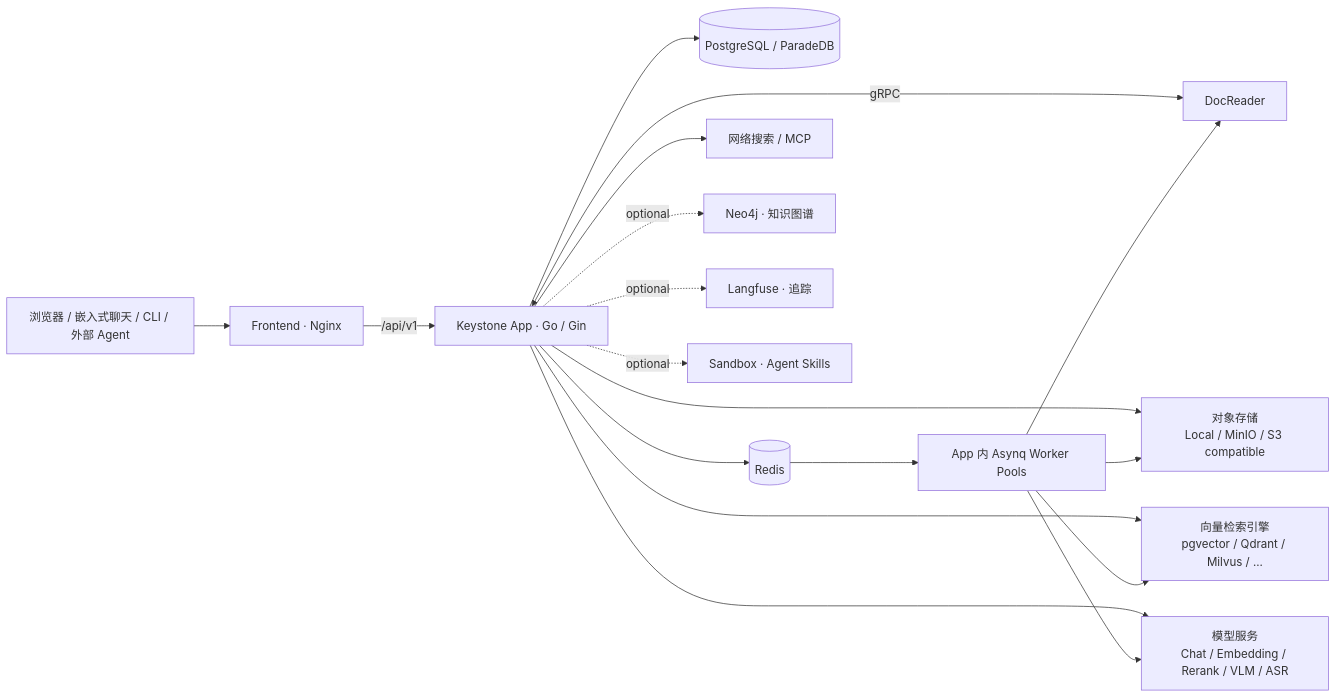
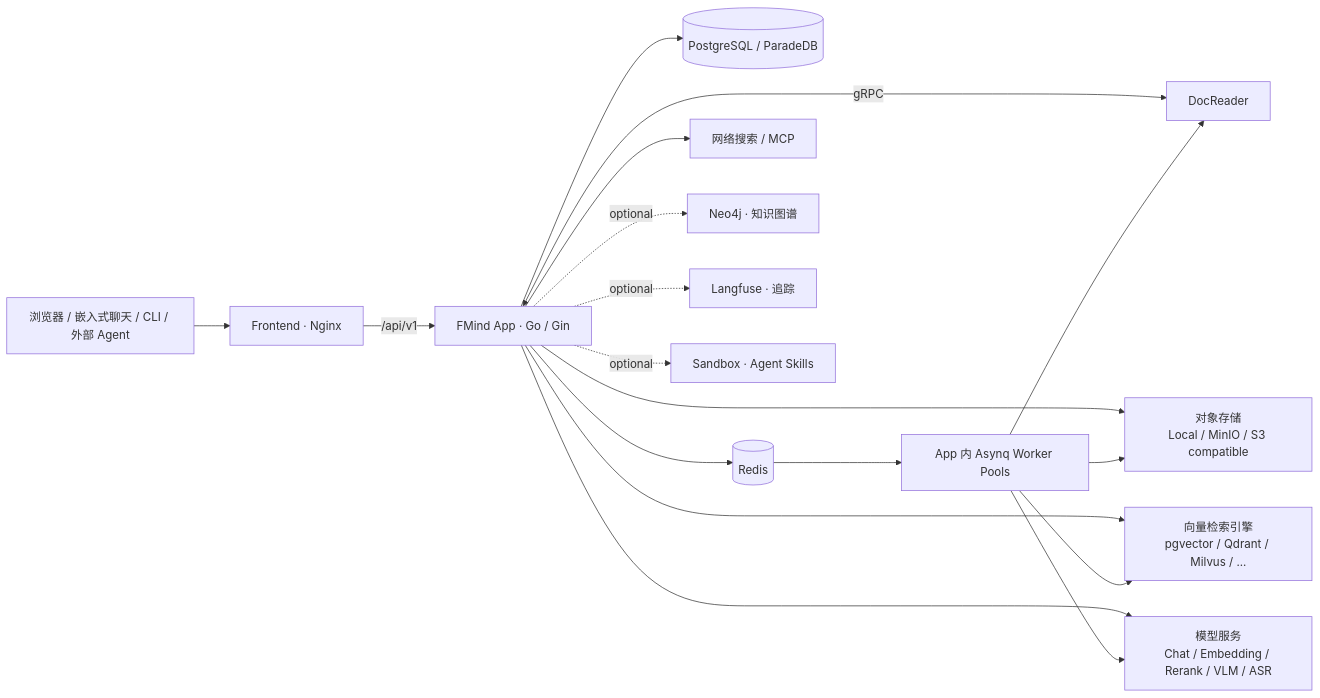
One commit to justaboyhai-wq/FTMind changed the first of 2 diagrams in docs/ARCHITECTURE.md. Above: the diagram before and after it, drawn with Mermaid. The commit also changed other lines of this file and 1359 other files, not shown here.

First line of the commit message:
rebrand: rename Keystone to FMind across the project

````diff
--- a/docs/ARCHITECTURE.md
+++ b/docs/ARCHITECTURE.md
@@ -41,20 +41,20 @@
 ```mermaid
 flowchart LR
     U[浏览器 / 嵌入式聊天 / CLI / 外部 Agent] --> FE[Frontend · Nginx]
-    FE -->|/api/v1| APP[Keystone App · Go / Gin]
+    FE -->|/api/v1| APP[FMind App · Go / Gin]
     APP --> PG[(PostgreSQL / ParadeDB)]
     APP --> R[(Redis)]
     APP <-->|gRPC| DR[DocReader]
     APP --> OS[对象存储\nLocal / MinIO / S3 compatible]
     APP --> VS[向量检索引擎\npgvector / Qdrant / Milvus / ...]
     APP --> M[模型服务\nChat / Embedding / Rerank / VLM / ASR]
     APP --> WS[网络搜索 / MCP]
     APP -. optional .-> NEO[Neo4j · 知识图谱]
     APP -. optional .-> LF[Langfuse · 追踪]
     APP -. optional .-> SB[Sandbox · Agent Skills]
     R --> W[App 内 Asynq Worker Pools]
     W --> DR
     W --> OS
     W --> VS
     W --> M
 ```
````
